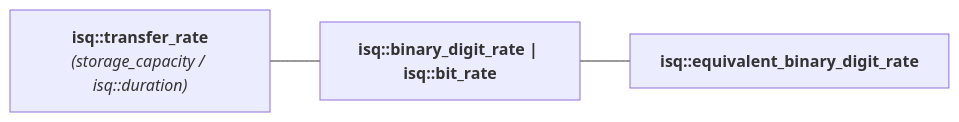
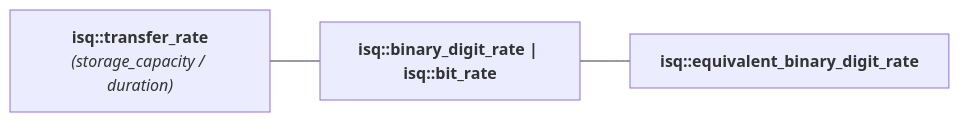
Before and after one commit to mpusz/mp-units: the diagram in docs/reference/systems_reference/hierarchies/transfer_rate.md, drawn with Mermaid. The commit also changed 3 other files, not shown here.

````diff
--- a/docs/reference/systems_reference/hierarchies/transfer_rate.md
+++ b/docs/reference/systems_reference/hierarchies/transfer_rate.md
@@ -8,8 +8,8 @@
 ```mermaid
 flowchart LR
-    isq_transfer_rate["<b><a href="../../systems/isq/#transfer_rate" style="color: var(--md-mermaid-label-fg-color); text-decoration: none;">isq::transfer_rate</a></b><br><i>(<a href="../../systems/isq/#storage_capacity" style="color: var(--md-mermaid-label-fg-color); text-decoration: none;">storage_capacity</a> / isq::<a href="../../systems/isq/#duration" style="color: var(--md-mermaid-label-fg-color); text-decoration: none;">duration</a>)</i>"]
+    isq_transfer_rate["<b><a href="../../systems/isq/#transfer_rate" style="color: var(--md-mermaid-label-fg-color); text-decoration: none;">isq::transfer_rate</a></b><br><i>(<a href="../../systems/isq/#storage_capacity" style="color: var(--md-mermaid-label-fg-color); text-decoration: none;">storage_capacity</a> / <a href="../../systems/isq/#duration" style="color: var(--md-mermaid-label-fg-color); text-decoration: none;">duration</a>)</i>"]
     isq_binary_digit_rate["<b><a href="../../systems/isq/#binary_digit_rate" style="color: var(--md-mermaid-label-fg-color); text-decoration: none;">isq::binary_digit_rate</a> | <a href="../../systems/isq/#bit_rate" style="color: var(--md-mermaid-label-fg-color); text-decoration: none;">isq::bit_rate</a></b>"]
     isq_transfer_rate --- isq_binary_digit_rate
     isq_equivalent_binary_digit_rate["<b><a href="../../systems/isq/#equivalent_binary_digit_rate" style="color: var(--md-mermaid-label-fg-color); text-decoration: none;">isq::equivalent_binary_digit_rate</a></b>"]
     isq_binary_digit_rate --- isq_equivalent_binary_digit_rate
 ```
````
